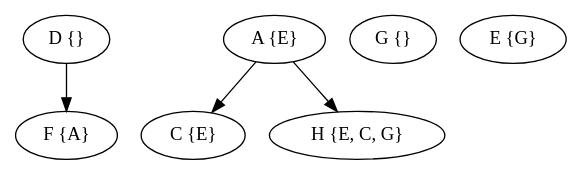
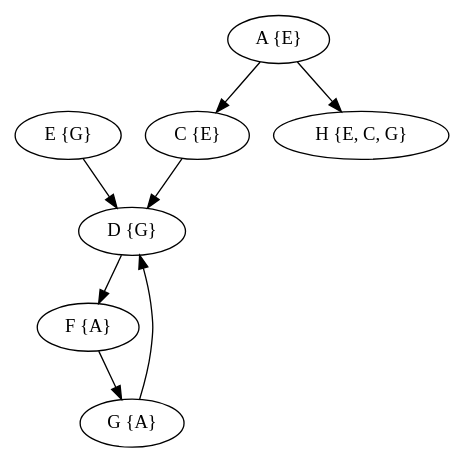
The diagram in output/grafo.dot (GiovA07/Pointer_Analysis), drawn with Graphviz before and after one commit. The commit also changed 15 other files, not shown here.

```diff
--- a/output/grafo.dot
+++ b/output/grafo.dot
@@ -1,15 +1,19 @@
 digraph{
 
 rankdir=TB;
 
-D [label="D {}"];
+D [label="D {G}"];
 F [label="F {A}"];
 A [label="A {E}"];
-G [label="G {}"];
+G [label="G {A}"];
 E [label="E {G}"];
 C [label="C {E}"];
 H [label="H {E, C, G}"];
 D -> F;
+F -> G;
 A -> C;
 A -> H;
+G -> D;
+E -> D;
+C -> D;
 }
```
